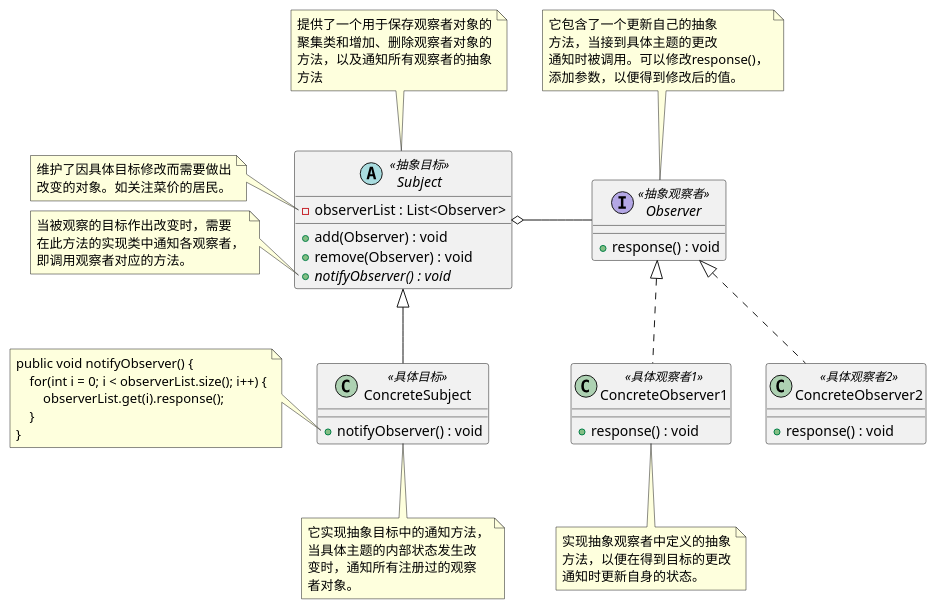
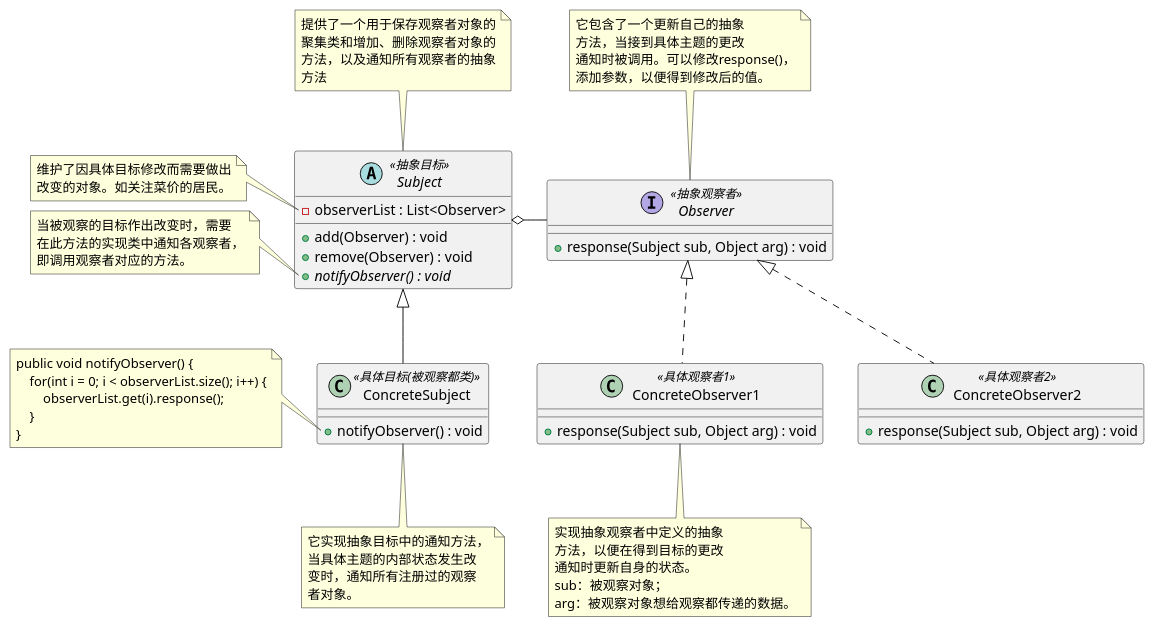
One commit to xybqtt/xyb-total changed the diagram in 6_design-pattern/src/com/xyb/a18observer/1观察者模式.puml. Above: the diagram before and after it, drawn with PlantUML. The commit also changed 24 other files, not shown here.

```diff
--- a/6_design-pattern/src/com/xyb/a18observer/1观察者模式.puml
+++ b/6_design-pattern/src/com/xyb/a18observer/1观察者模式.puml
@@ -1,75 +1,77 @@
 @startuml
 
 abstract class Subject <<抽象目标>> {
     - observerList : List<Observer>
     + add(Observer) : void
     + remove(Observer) : void
     + {abstract} notifyObserver() : void
 }
 note left of Subject::observerList
     维护了因具体目标修改而需要做出
     改变的对象。如关注菜价的居民。
 end note
 
 note left of Subject::notifyObserver
     当被观察的目标作出改变时，需要
     在此方法的实现类中通知各观察者，
     即调用观察者对应的方法。
 end note
 
 note top of Subject
     提供了一个用于保存观察者对象的
     聚集类和增加、删除观察者对象的
     方法，以及通知所有观察者的抽象
     方法
 end note
 
 
-class ConcreteSubject <<具体目标>> extends Subject {
+class ConcreteSubject <<具体目标(被观察都类)>> extends Subject {
     + notifyObserver() : void
 }
 note left of ConcreteSubject::notifyObserver
     public void notifyObserver() {
         for(int i = 0; i < observerList.size(); i++) {
             observerList.get(i).response();
         }
     }
 end note
 
 note bottom of ConcreteSubject
     它实现抽象目标中的通知方法，
     当具体主题的内部状态发生改
     变时，通知所有注册过的观察
     者对象。
 end note
 
 
 interface Observer <<抽象观察者>> {
-    + response() : void
+    + response(Subject sub, Object arg) : void
 }
 note top of Observer
     它包含了一个更新自己的抽象
     方法，当接到具体主题的更改
     通知时被调用。可以修改response()，
     添加参数，以便得到修改后的值。
 end note
 
 
 class ConcreteObserver1 <<具体观察者1>> implements Observer {
-    + response() : void
+    + response(Subject sub, Object arg) : void
 }
 note bottom of ConcreteObserver1
     实现抽象观察者中定义的抽象
     方法，以便在得到目标的更改
     通知时更新自身的状态。
+    sub：被观察对象；
+    arg：被观察对象想给观察都传递的数据。
 end note
 
 class ConcreteObserver2 <<具体观察者2>> implements Observer {
-    + response() : void
+    + response(Subject sub, Object arg) : void
 }
 
 
 
 Subject o- Observer
 
 @enduml
```
